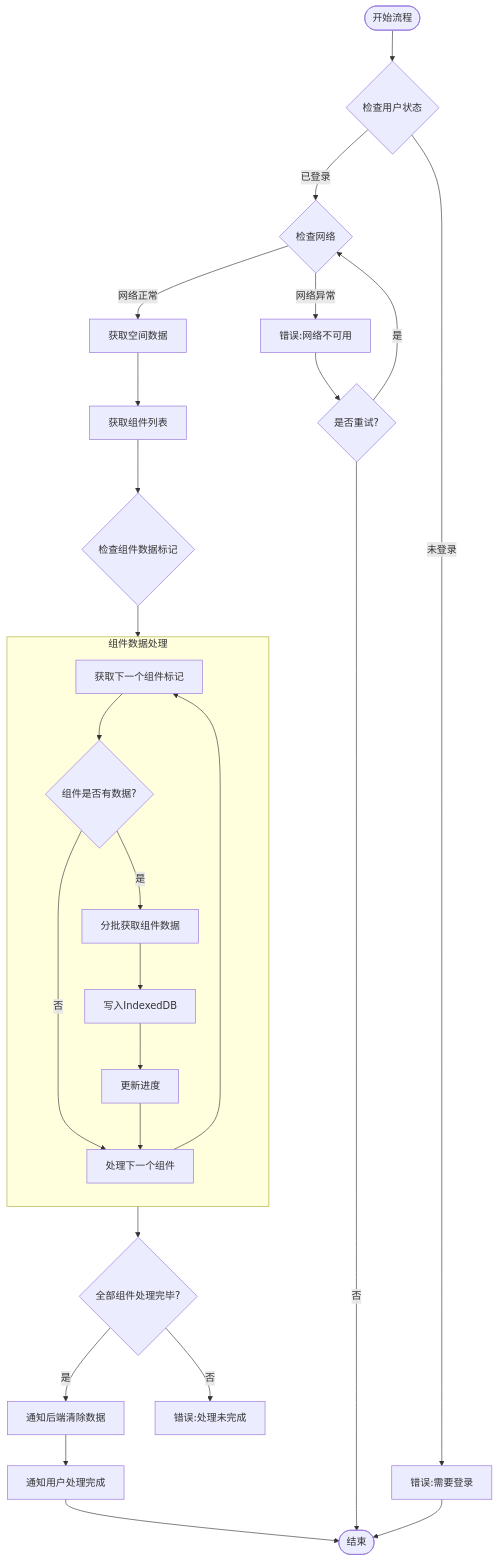
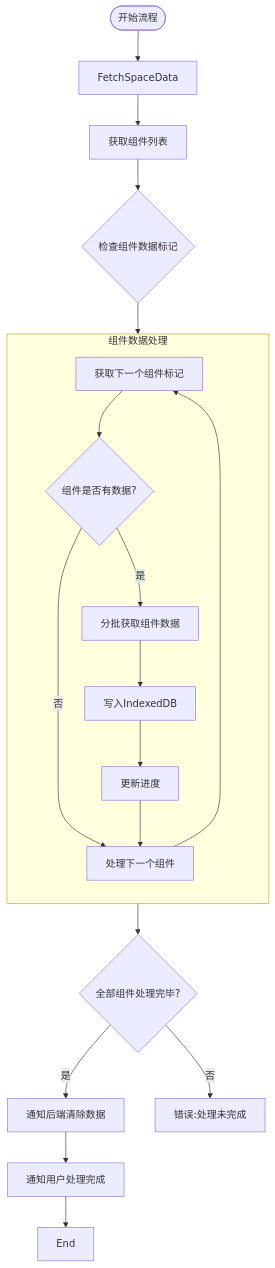
One commit to yingjianzh/iodraw-files changed the diagram in all/未命名-50.md. Above: the diagram before and after it, drawn with Mermaid.

Commit message:
2025-05-08 11:17:49 update

````diff
--- a/all/未命名-50.md
+++ b/all/未命名-50.md
@@ -1,36 +1,27 @@
 ```mermaid
 flowchart TD
-    Start([开始流程]) --> CheckStatus{检查用户状态}
-    CheckStatus -->|已登录| CheckNetwork{检查网络}
-    CheckStatus -->|未登录| Error1[错误:需要登录]
-    Error1 --> End([结束])
-    
-    CheckNetwork -->|网络正常| FetchSpaceData[获取空间数据]
-    CheckNetwork -->|网络异常| Error2[错误:网络不可用]
-    Error2 --> RetryCheck{是否重试?}
-    RetryCheck -->|是| CheckNetwork
-    RetryCheck -->|否| End
+    Start([开始流程]) --> 
     
     FetchSpaceData --> FetchComponentList[获取组件列表]
     FetchComponentList --> CheckComponentData{检查组件数据标记}
     
     subgraph ComponentProcess [组件数据处理]
         direction TB
         A[获取下一个组件标记] --> B{组件是否有数据?}
         B -->|否| NextComponent[处理下一个组件]
         B -->|是| C[分批获取组件数据]
         C --> D[写入IndexedDB]
         D --> UpdateProgress[更新进度]
         UpdateProgress --> NextComponent
         NextComponent --> A
     end
     
     CheckComponentData --> ComponentProcess
     ComponentProcess --> AllComponentsProcessed{全部组件处理完毕?}
     
     AllComponentsProcessed -->|是| ClearServerData[通知后端清除数据]
     AllComponentsProcessed -->|否| Error3[错误:处理未完成]
     
     ClearServerData --> CompletionNotification[通知用户处理完成]
     CompletionNotification --> End
 ```
````
